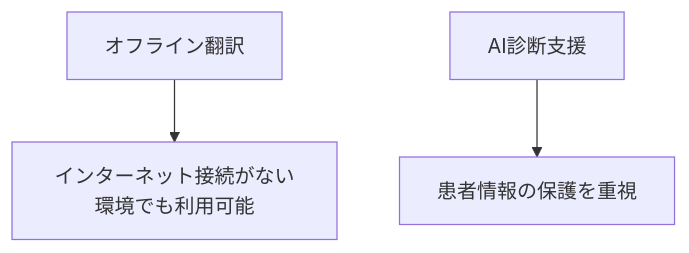
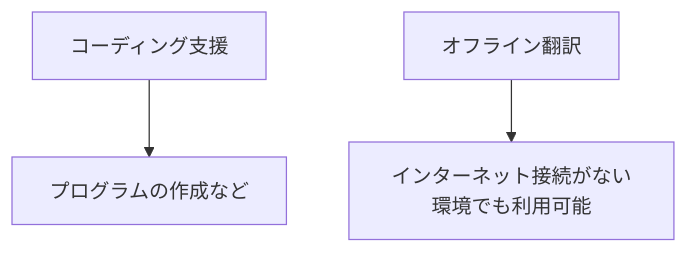
The tenth of 12 diagrams in README.md (SparklingDetergent/doc_genai_The_usefulness_of_local_LLM), drawn with Mermaid before and after one commit. The commit also changed other lines of this file, not shown here.

````diff
--- a/README.md
+++ b/README.md
@@ -181,8 +182,8 @@
 ```mermaid
 graph TD
+J[コーディング支援]
+J --> K[プログラムの作成など]
+
 F[オフライン翻訳]
 F --> G[インターネット接続がない環境でも利用可能]
-
-H[AI診断支援]
-H --> I[患者情報の保護を重視]
 ```
````
